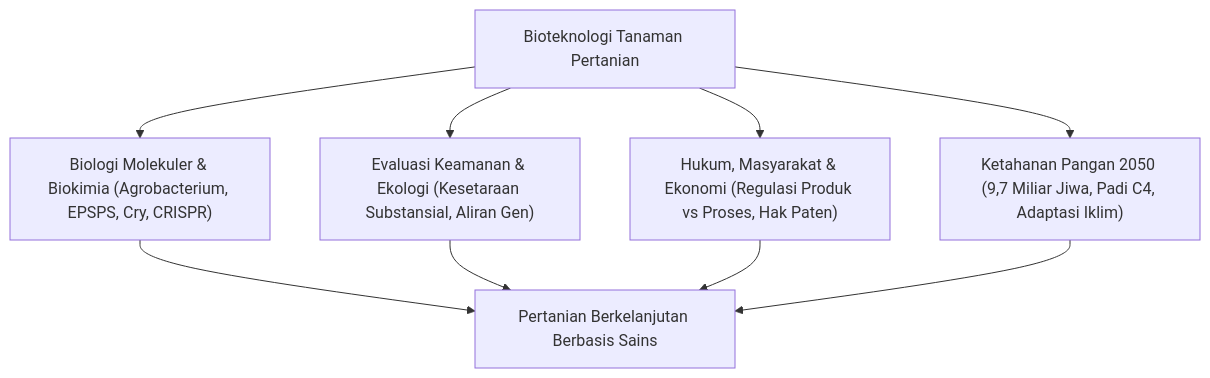
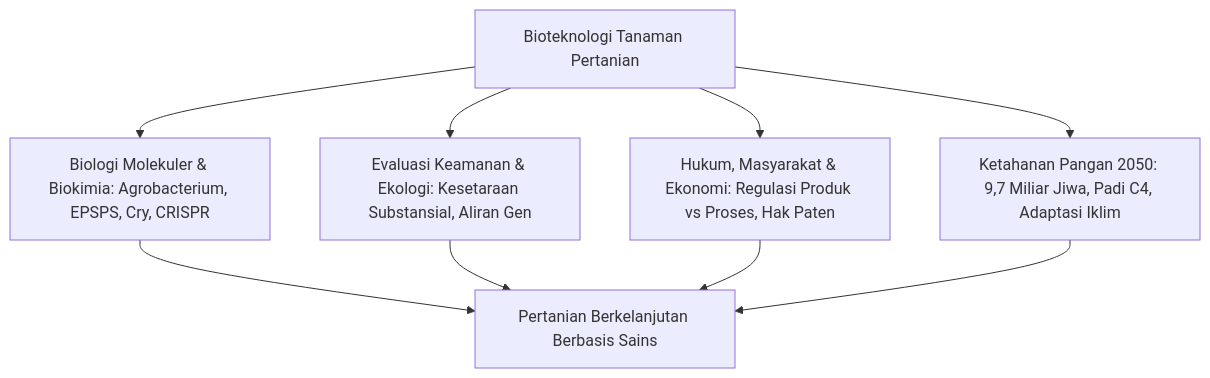
One commit to kenjinote/blog changed the first of 2 diagrams in content/post/genetically-modified-crops-biotechnology-agriculture-safety-future/index.id.md. Above: the diagram before and after it, drawn with Mermaid. The commit also changed other lines of this file and 11 other files, not shown here.

````diff
--- a/content/post/genetically-modified-crops-biotechnology-agriculture-safety-future/index.id.md
+++ b/content/post/genetically-modified-crops-biotechnology-agriculture-safety-future/index.id.md
@@ -17,9 +22,10 @@
 ```mermaid
 flowchart TD
     BIO["Bioteknologi Tanaman Pertanian"]
-    BIO --> M1["Biologi Molekuler & Biokimia (Agrobacterium, EPSPS, Cry, CRISPR)"]
-    BIO --> M2["Evaluasi Keamanan & Ekologi (Kesetaraan Substansial, Aliran Gen)"]
-    BIO --> M3["Hukum, Masyarakat & Ekonomi (Regulasi Produk vs Proses, Hak Paten)"]
-    BIO --> M4["Ketahanan Pangan 2050 (9,7 Miliar Jiwa, Padi C4, Adaptasi Iklim)"]
+    BIO --> M1["Biologi Molekuler & Biokimia: Agrobacterium, EPSPS, Cry, CRISPR"]
+    BIO --> M2["Evaluasi Keamanan & Ekologi: Kesetaraan Substansial, Aliran Gen"]
+    BIO --> M3["Hukum, Masyarakat & Ekonomi: Regulasi Produk vs Proses, Hak Paten"]
+    BIO --> M4["Ketahanan Pangan 2050: 9,7 Miliar Jiwa, Padi C4, Adaptasi Iklim"]
+    
     M1 & M2 & M3 & M4 --> TOTAL["Pertanian Berkelanjutan Berbasis Sains"]
 ```
````
